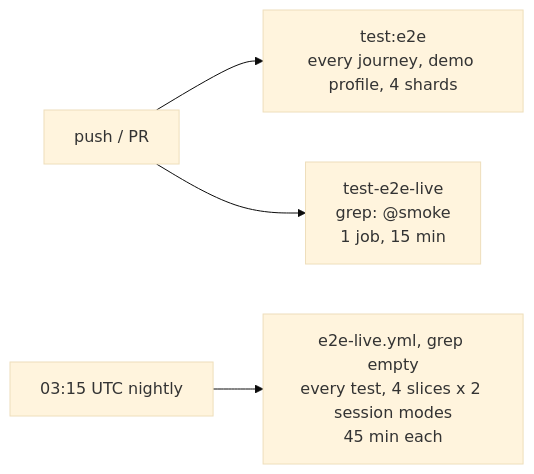
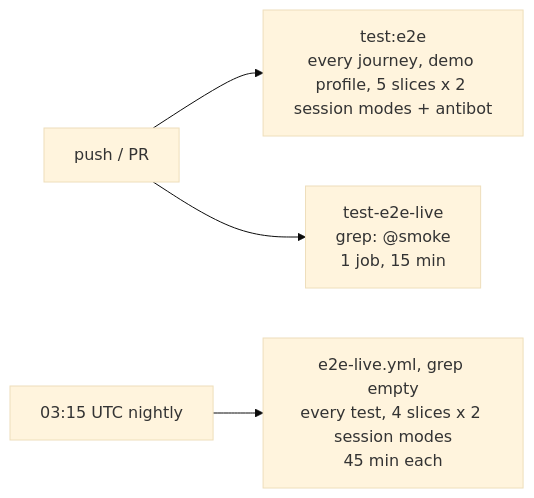
The second of 5 diagrams in docs/tools/live-e2e.md (Guebbit/boilerplate-vue-frontend), drawn with Mermaid (base theme) before and after one commit. The commit also changed other lines of this file and 44 other files, not shown here.

````diff
--- a/docs/tools/live-e2e.md
+++ b/docs/tools/live-e2e.md
@@ -39,6 +39,6 @@
 ```mermaid
 flowchart LR
-    Push["push / PR"] --> Demo["test:e2e\nevery journey, demo profile, 4 shards"]
+    Push["push / PR"] --> Demo["test:e2e\nevery journey, demo profile, 5 slices x 2 session modes + antibot"]
     Push --> Smoke["test-e2e-live\ngrep: @smoke\n1 job, 15 min"]
     Cron["03:15 UTC nightly"] --> Full["e2e-live.yml, grep empty\nevery test, 4 slices x 2 session modes\n45 min each"]
 ```
````
